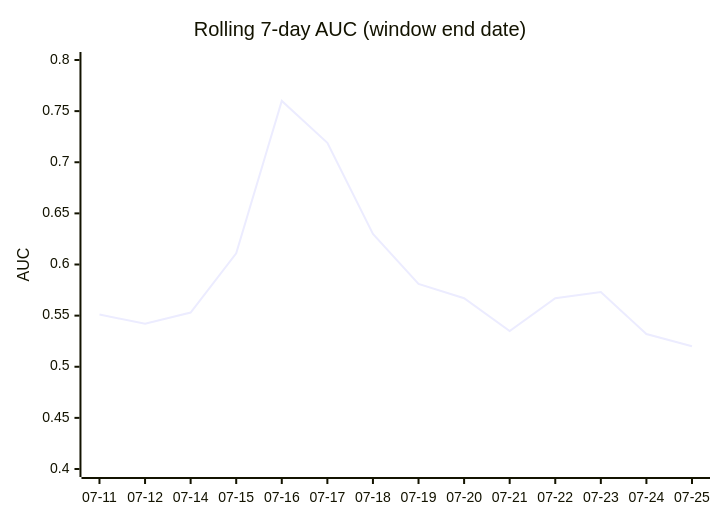
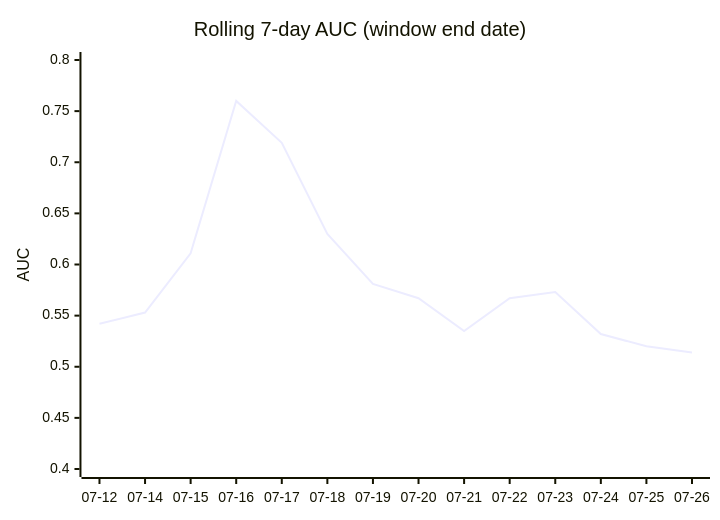
One commit to dpk1212/nhl-savant changed the third of 4 diagrams in DAILY_AGSU_REPORT.md. Above: the diagram before and after it, drawn with Mermaid. The commit also changed other lines of this file, not shown here.

````diff
--- a/DAILY_AGSU_REPORT.md
+++ b/DAILY_AGSU_REPORT.md
@@ -713,7 +713,7 @@
 ```mermaid
 xychart-beta
     title "Rolling 7-day AUC (window end date)"
-    x-axis ["07-11", "07-12", "07-14", "07-15", "07-16", "07-17", "07-18", "07-19", "07-20", "07-21", "07-22", "07-23", "07-24", "07-25"]
+    x-axis ["07-12", "07-14", "07-15", "07-16", "07-17", "07-18", "07-19", "07-20", "07-21", "07-22", "07-23", "07-24", "07-25", "07-26"]
     y-axis "AUC" 0.4 --> 0.8
-    line [0.551, 0.542, 0.553, 0.611, 0.76, 0.719, 0.63, 0.581, 0.567, 0.535, 0.567, 0.573, 0.532, 0.52]
+    line [0.542, 0.553, 0.611, 0.76, 0.719, 0.63, 0.581, 0.567, 0.535, 0.567, 0.573, 0.532, 0.52, 0.514]
 ```
````
